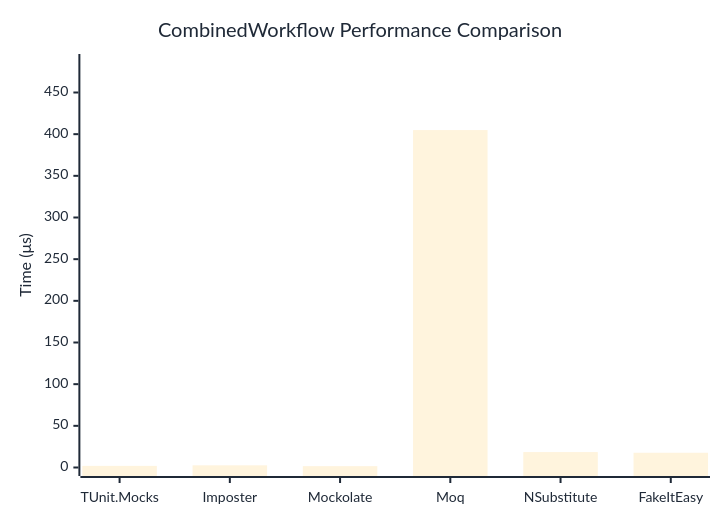
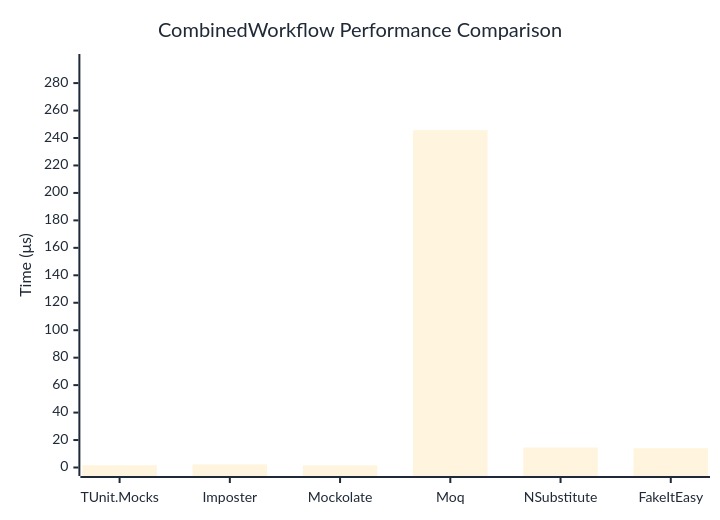
Before and after one commit to thomhurst/TUnit: the diagram in docs/docs/benchmarks/mocks/CombinedWorkflow.md, drawn with Mermaid. The commit also changed other lines of this file and 14 other files, not shown here.

````diff
--- a/docs/docs/benchmarks/mocks/CombinedWorkflow.md
+++ b/docs/docs/benchmarks/mocks/CombinedWorkflow.md
@@ -30,27 +30,27 @@
 ```mermaid
 %%{init: {
   'theme':'base',
   'themeVariables': {
     'primaryColor': '#2563eb',
     'primaryTextColor': '#1f2937',
     'primaryBorderColor': '#1e40af',
     'lineColor': '#6b7280',
     'secondaryColor': '#7c3aed',
     'tertiaryColor': '#dc2626',
     'background': '#ffffff',
     'pie1': '#2563eb',
     'pie2': '#7c3aed',
     'pie3': '#dc2626',
     'pie4': '#f59e0b',
     'pie5': '#10b981',
     'pie6': '#06b6d4',
     'pie7': '#ec4899',
     'pie8': '#6366f1'
   }
 }}%%
 xychart-beta
   title "CombinedWorkflow Performance Comparison"
   x-axis ["TUnit.Mocks", "Imposter", "Mockolate", "Moq", "NSubstitute", "FakeItEasy"]
-  y-axis "Time (μs)" 0 --> 486
-  bar [1.94, 2.604, 1.615, 404.907, 18.5, 17.699]
+  y-axis "Time (μs)" 0 --> 295
+  bar [1.66, 2.295, 1.531, 245.709, 14.555, 14.061]
 ```
````
